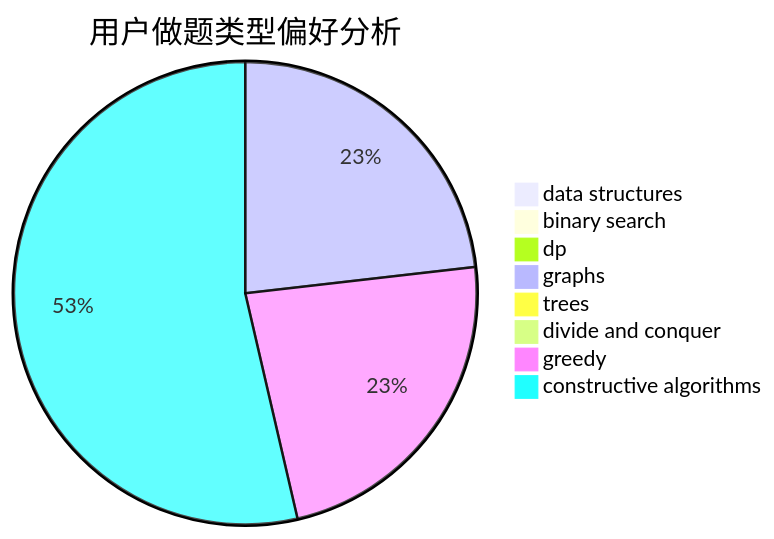
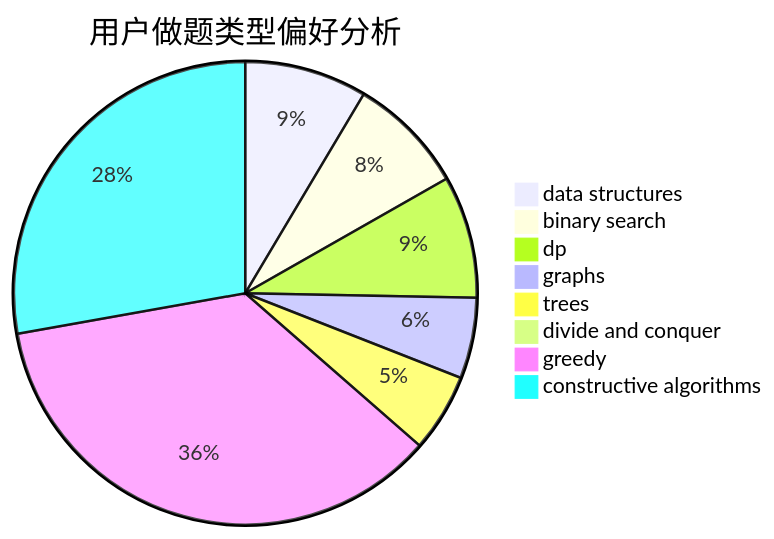
One commit to sherpahu/cfrs.github.io changed the second of 3 diagrams in docs/user/u2581.md. Above: the diagram before and after it, drawn with Mermaid. The commit also changed other lines of this file and 2770 other files, not shown here.

````diff
--- a/docs/user/u2581.md
+++ b/docs/user/u2581.md
@@ -23,11 +23,11 @@
 ```mermaid
 pie title 用户做题类型偏好分析
-    "data structures" :  1
-    "binary search" :  4
-    "dp" :  4
-    "graphs" :  262
-    "trees" :  0
-    "divide and conquer" :  0
-    "greedy" :  262
-    "constructive algorithms" :  606
+    "data structures" :  103
+    "binary search" :  99
+    "dp" :  103
+    "graphs" :  68
+    "trees" :  66
+    "divide and conquer" :  2
+    "greedy" :  431
+    "constructive algorithms" :  335
 ```
````
